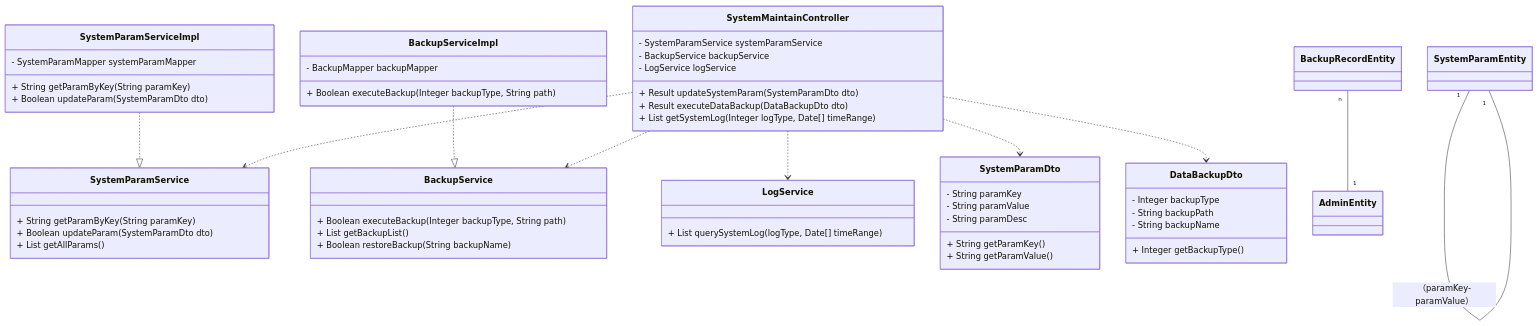
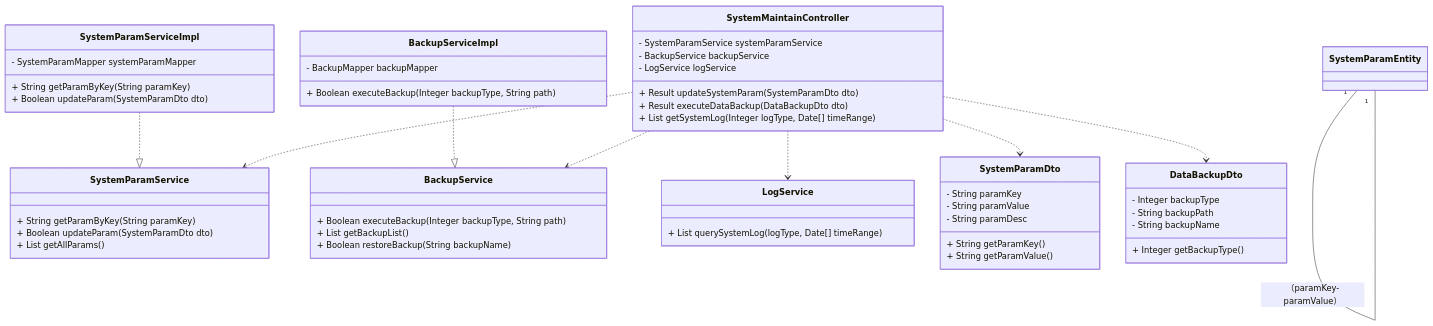
Before and after one commit to DEbalanceUX/iodraw-files: the diagram in all/未命名-2.md, drawn with Mermaid.

Commit message:
2025-12-11 14:59:51 update

````diff
--- a/all/未命名-2.md
+++ b/all/未命名-2.md
@@ -1,68 +1,68 @@
 ```mermaid
 classDiagram
     %% 关系定义
     SystemParamServiceImpl ..|> SystemParamService 
     BackupServiceImpl ..|> BackupService
     SystemMaintainController ..> SystemParamService 
     SystemMaintainController ..> BackupService 
     SystemMaintainController ..> LogService 
     SystemMaintainController ..> SystemParamDto
     SystemMaintainController ..> DataBackupDto 
     SystemParamEntity "1" -- "1" SystemParamEntity : （paramKey-paramValue）
-    BackupRecordEntity "n" -- "1" AdminEntity
+    
 
     %% 核心类定义
     class SystemParamDto {
         - String paramKey
         - String paramValue
         - String paramDesc
         + String getParamKey()
         + String getParamValue()
     }
 
     class DataBackupDto {
         - Integer backupType
         - String backupPath
         - String backupName
         + Integer getBackupType()
     }
 
     class SystemMaintainController {
         - SystemParamService systemParamService
         - BackupService backupService
         - LogService logService
         + Result updateSystemParam(SystemParamDto dto)
         + Result executeDataBackup(DataBackupDto dto)
         + List<SystemLogEntity> getSystemLog(Integer logType, Date[] timeRange)
     }
 
     class SystemParamService {
         + String getParamByKey(String paramKey)
         + Boolean updateParam(SystemParamDto dto)
         + List<SystemParamEntity> getAllParams()
     }
 
     class SystemParamServiceImpl {
         - SystemParamMapper systemParamMapper
         + String getParamByKey(String paramKey)
         + Boolean updateParam(SystemParamDto dto)
     }
 
     class BackupService {
         + Boolean executeBackup(Integer backupType, String path)
         + List<BackupRecordEntity> getBackupList()
         + Boolean restoreBackup(String backupName)
     }
 
     class BackupServiceImpl {
         - BackupMapper backupMapper
         + Boolean executeBackup(Integer backupType, String path)
     }
     
     
     class LogService {
         + List<SystemLogEntity> querySystemLog( logType, Date[] timeRange)
     }
 
    
 ```
````
